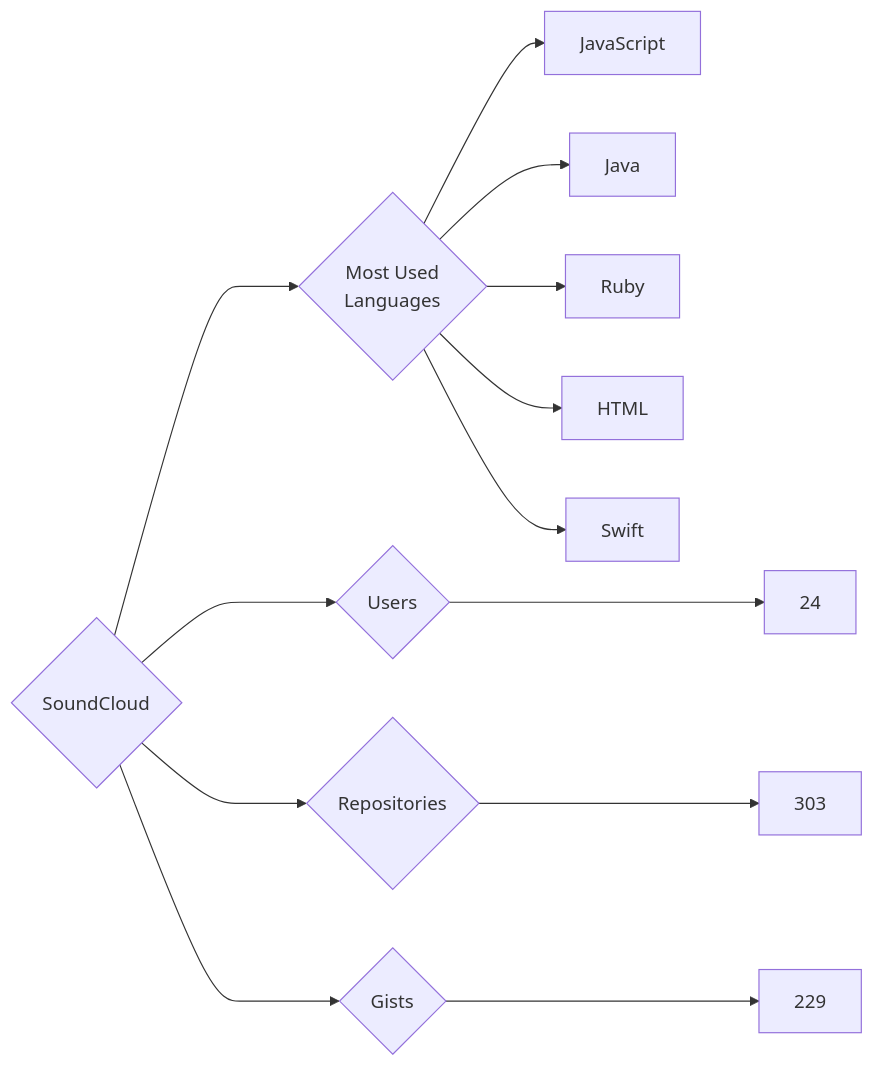
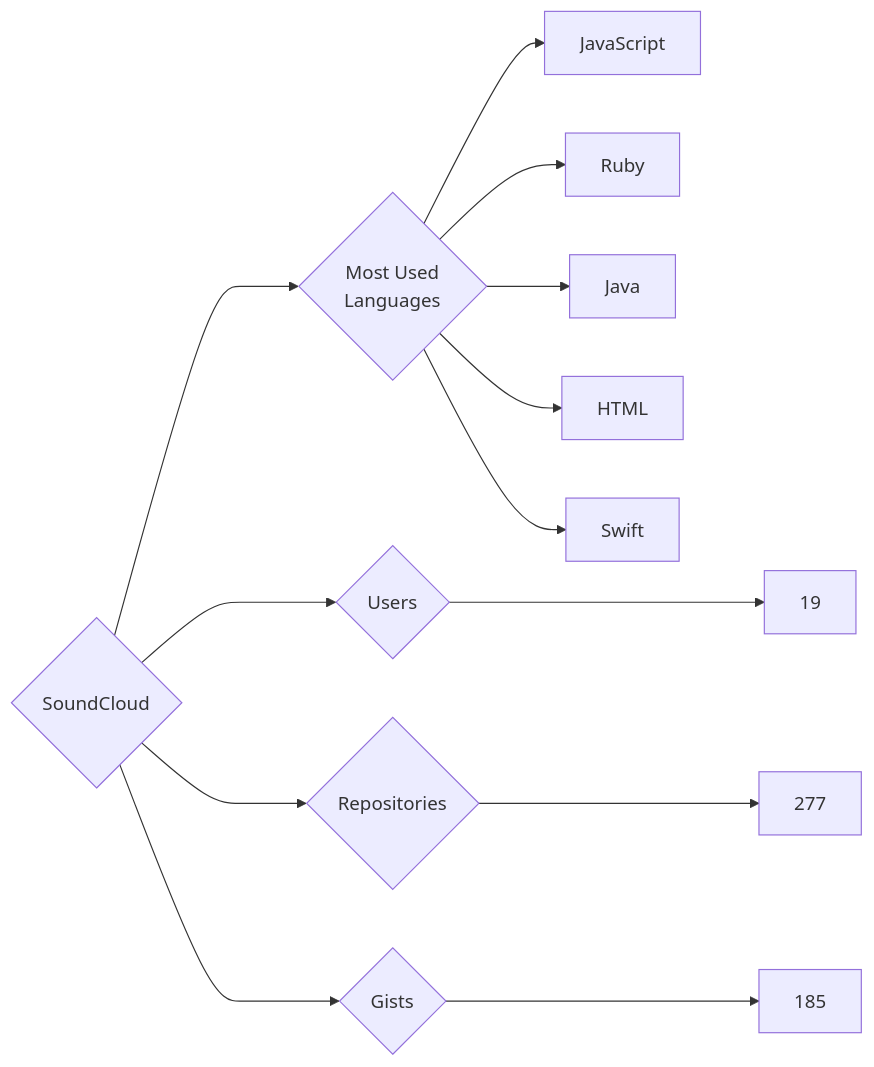
The diagram in targets/SoundCloud/README.md (trickest/insiders), drawn with Mermaid before and after one commit. The commit also changed 964 other files, not shown here.

````diff
--- a/targets/SoundCloud/README.md
+++ b/targets/SoundCloud/README.md
@@ -3,13 +3,13 @@
 ```mermaid
 graph LR
 COMPANY_NAME{SoundCloud}
-COMPANY_NAME ---> U{Users} ---> UN[24]
-COMPANY_NAME ---> R{Repositories} ---> RN[303]
-COMPANY_NAME ---> G{Gists} ---> GN[229]
+COMPANY_NAME ---> U{Users} ---> UN[19]
+COMPANY_NAME ---> R{Repositories} ---> RN[277]
+COMPANY_NAME ---> G{Gists} ---> GN[185]
 COMPANY_NAME ---> ML{Most Used<br>Languages}
 ML --> JavaScript[JavaScript]
+ML --> Ruby[Ruby]
 ML --> Java[Java]
-ML --> Ruby[Ruby]
 ML --> HTML[HTML]
 ML --> Swift[Swift]
 ```
````
